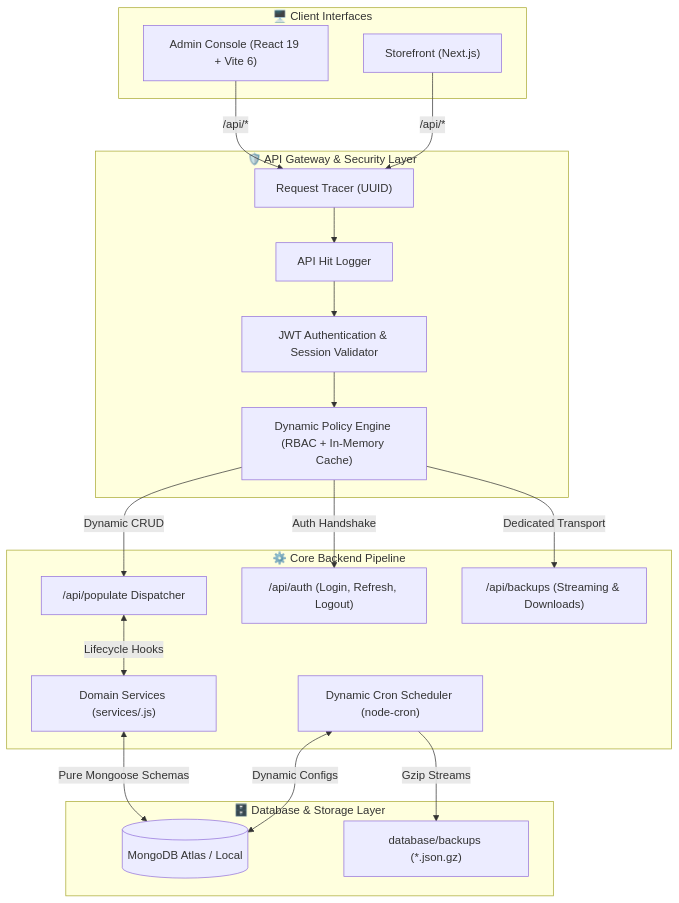
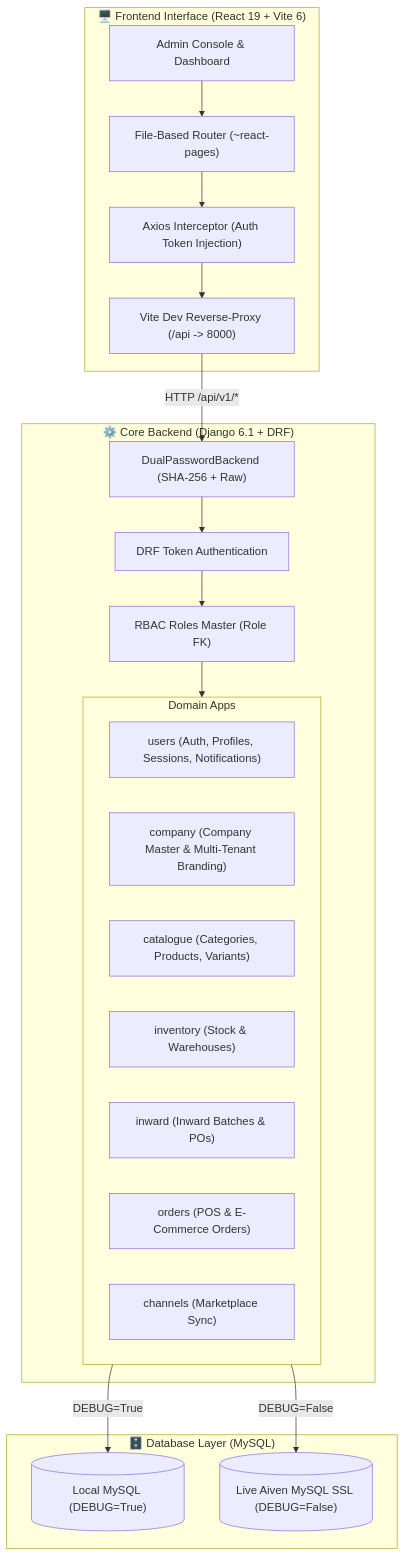
The diagram in README.md (Axinix-Technology/E-commerce), drawn with Mermaid before and after one commit. The commit also changed other lines of this file and 14 other files, not shown here.

First line of the commit message:
Add Django backend with RBAC auth

````diff
--- a/README.md
+++ b/README.md
@@ -50,40 +52,38 @@
 ```mermaid
 flowchart TD
-    subgraph Clients ["🖥️ Client Interfaces"]
-        FE["Admin Console (React 19 + Vite 6)"]
-        STORE["Storefront (Next.js)"]
+    subgraph Frontend ["🖥️ Frontend Interface (React 19 + Vite 6)"]
+        UI["Admin Console & Dashboard"]
+        ROUTER["File-Based Router (~react-pages)"]
+        AXIOS["Axios Interceptor (Auth Token Injection)"]
+        PROXY["Vite Dev Reverse-Proxy (/api -> 8000)"]
     end
 
-    subgraph Gateway ["🛡️ API Gateway & Security Layer"]
-        TRACER["Request Tracer (UUID)"]
-        LOGGER["API Hit Logger"]
-        AUTH_MW["JWT Authentication & Session Validator"]
-        POLICY["Dynamic Policy Engine (RBAC + In-Memory Cache)"]
+    subgraph Backend ["⚙️ Core Backend (Django 6.1 + DRF)"]
+        AUTH_BACKEND["DualPasswordBackend (SHA-256 + Raw)"]
+        AUTH_TOKEN["DRF Token Authentication"]
+        ROLES_ENGINE["RBAC Roles Master (Role FK)"]
+        
+        subgraph Apps ["Domain Apps"]
+            USERS["users (Auth, Profiles, Sessions, Notifications)"]
+            COMPANY["company (Company Master & Multi-Tenant Branding)"]
+            CATALOGUE["catalogue (Categories, Products, Variants)"]
+            INVENTORY["inventory (Stock & Warehouses)"]
+            INWARD["inward (Inward Batches & POs)"]
+            ORDERS["orders (POS & E-Commerce Orders)"]
+            CHANNELS["channels (Marketplace Sync)"]
+        end
     end
 
-    subgraph Dispatcher ["⚙️ Core Backend Pipeline"]
-        POPULATE["/api/populate Dispatcher"]
-        AUTH_ROUTER["/api/auth (Login, Refresh, Logout)"]
-        BACKUP_ROUTER["/api/backups (Streaming & Downloads)"]
-        SERVICES["Domain Services (services/<model>.js)"]
-        SCHEDULER["Dynamic Cron Scheduler (node-cron)"]
+    subgraph Database ["🗄️ Database Layer (MySQL)"]
+        LOCAL_DB[("Local MySQL (DEBUG=True)")]
+        LIVE_DB[("Live Aiven MySQL SSL (DEBUG=False)")]
     end
 
-    subgraph Database ["🗄️ Database & Storage Layer"]
-        MONGO[("MongoDB Atlas / Local")]
-        BACKUPS_DIR["database/backups (*.json.gz)"]
-    end
+    UI --> ROUTER --> AXIOS --> PROXY
+    PROXY -->|HTTP /api/v1/*| AUTH_BACKEND
+    AUTH_BACKEND --> AUTH_TOKEN --> ROLES_ENGINE
+    ROLES_ENGINE --> Apps
 
-    FE -->|/api/*| TRACER
-    STORE -->|/api/*| TRACER
-    TRACER --> LOGGER --> AUTH_MW --> POLICY
-
-    POLICY -->|Dynamic CRUD| POPULATE
-    POLICY -->|Auth Handshake| AUTH_ROUTER
-    POLICY -->|Dedicated Transport| BACKUP_ROUTER
-
-    POPULATE <-->|Lifecycle Hooks| SERVICES
-    SERVICES <-->|Pure Mongoose Schemas| MONGO
-    SCHEDULER <-->|Dynamic Configs| MONGO
-    SCHEDULER -->|Gzip Streams| BACKUPS_DIR
+    Apps -->|DEBUG=True| LOCAL_DB
+    Apps -->|DEBUG=False| LIVE_DB
 ```
````
